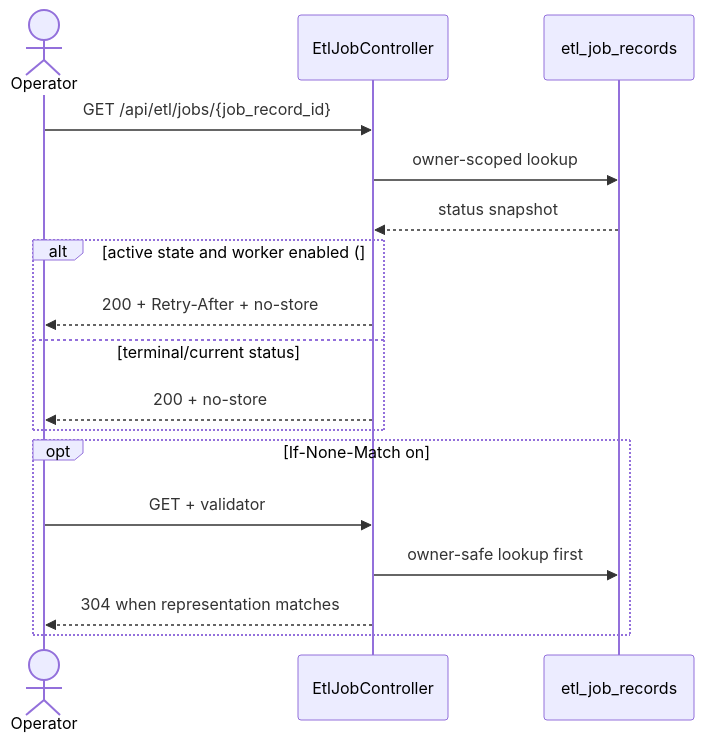
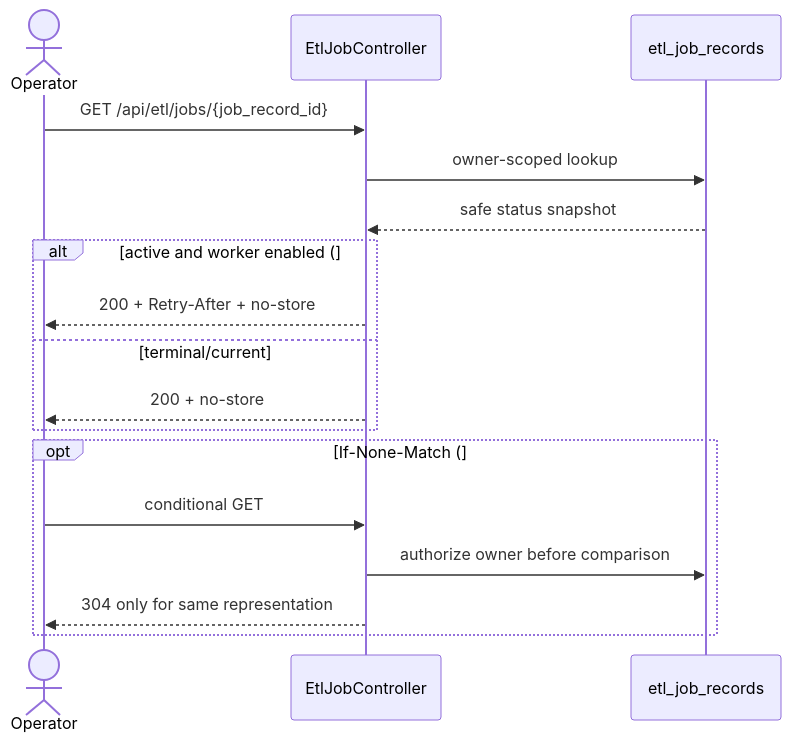
Before and after one commit to ContextualWisdomLab/mightyETL: the sixth of 16 diagrams in docs/UML.md, drawn with Mermaid. The commit also changed other lines of this file, not shown here.

Commit message:
docs: add identity recovery DLT and release UML

````diff
--- a/docs/UML.md
+++ b/docs/UML.md
@@ -153,20 +141,20 @@
 ```mermaid
 sequenceDiagram
     actor Operator
     participant API as EtlJobController
     participant Store as etl_job_records
 
     Operator->>API: GET /api/etl/jobs/{job_record_id}
     API->>Store: owner-scoped lookup
-    Store-->>API: status snapshot
-    alt active state and worker enabled (#145)
+    Store-->>API: safe status snapshot
+    alt active and worker enabled (#145)
         API-->>Operator: 200 + Retry-After + no-store
-    else terminal/current status
+    else terminal/current
         API-->>Operator: 200 + no-store
     end
-    opt If-None-Match on #146
-        Operator->>API: GET + validator
-        API->>Store: owner-safe lookup first
-        API-->>Operator: 304 when representation matches
+    opt If-None-Match (#146)
+        Operator->>API: conditional GET
+        API->>Store: authorize owner before comparison
+        API-->>Operator: 304 only for same representation
     end
 ```
````
